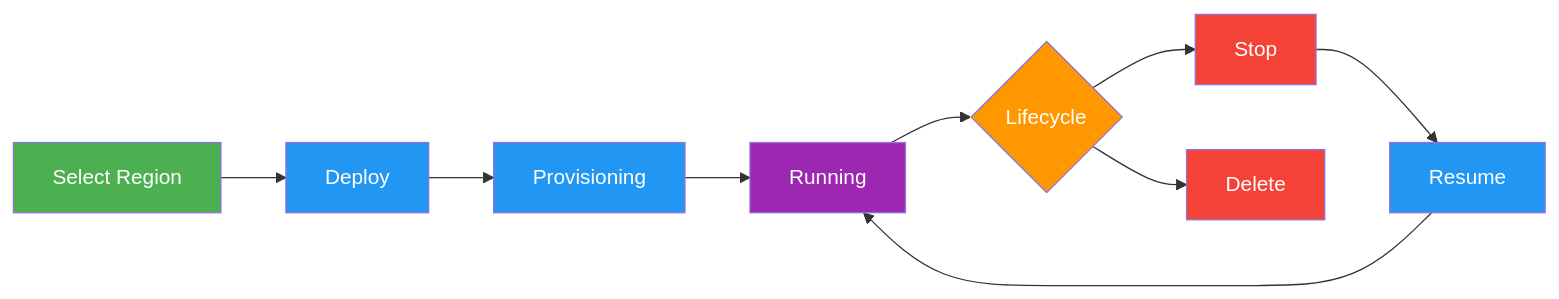
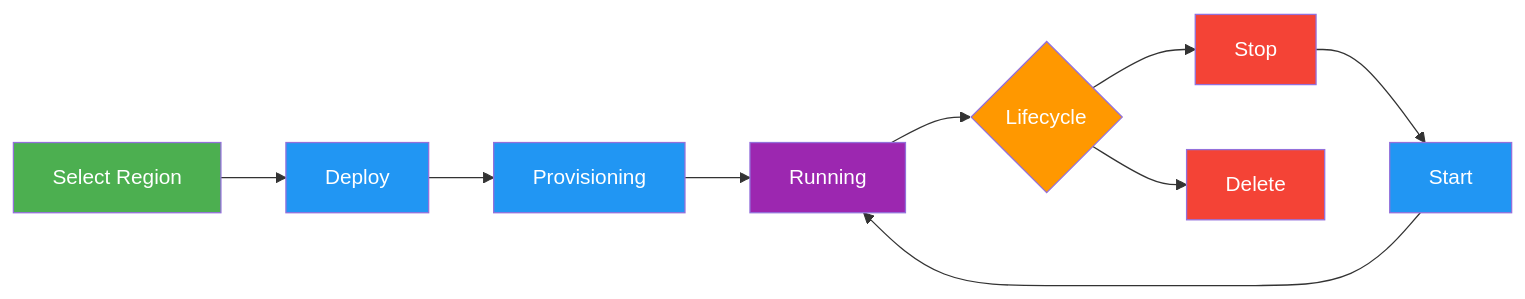
Before and after one commit to ultralytics/ultralytics: the third of 3 diagrams in docs/en/platform/quickstart.md, drawn with Mermaid. The commit also changed 2 other files, not shown here.

Commit message:
align platform deployment lifecycle and sam annotation diagrams with current behavior

````diff
--- a/docs/en/platform/quickstart.md
+++ b/docs/en/platform/quickstart.md
@@ -369,17 +369,17 @@
 ```mermaid
 graph LR
     A[Select Region]:::start --> B[Deploy]:::proc
     B --> C[Provisioning]:::proc
     C --> D[Running]:::out
     D --> E{Lifecycle}:::decide
     E --> F[Stop]:::error
     E --> G[Delete]:::error
-    F --> H[Resume]:::proc
+    F --> H[Start]:::proc
     H --> D
 
     classDef start fill:#4CAF50,color:#fff
     classDef proc fill:#2196F3,color:#fff
     classDef decide fill:#FF9800,color:#fff
     classDef out fill:#9C27B0,color:#fff
     classDef error fill:#F44336,color:#fff
 ```
````
